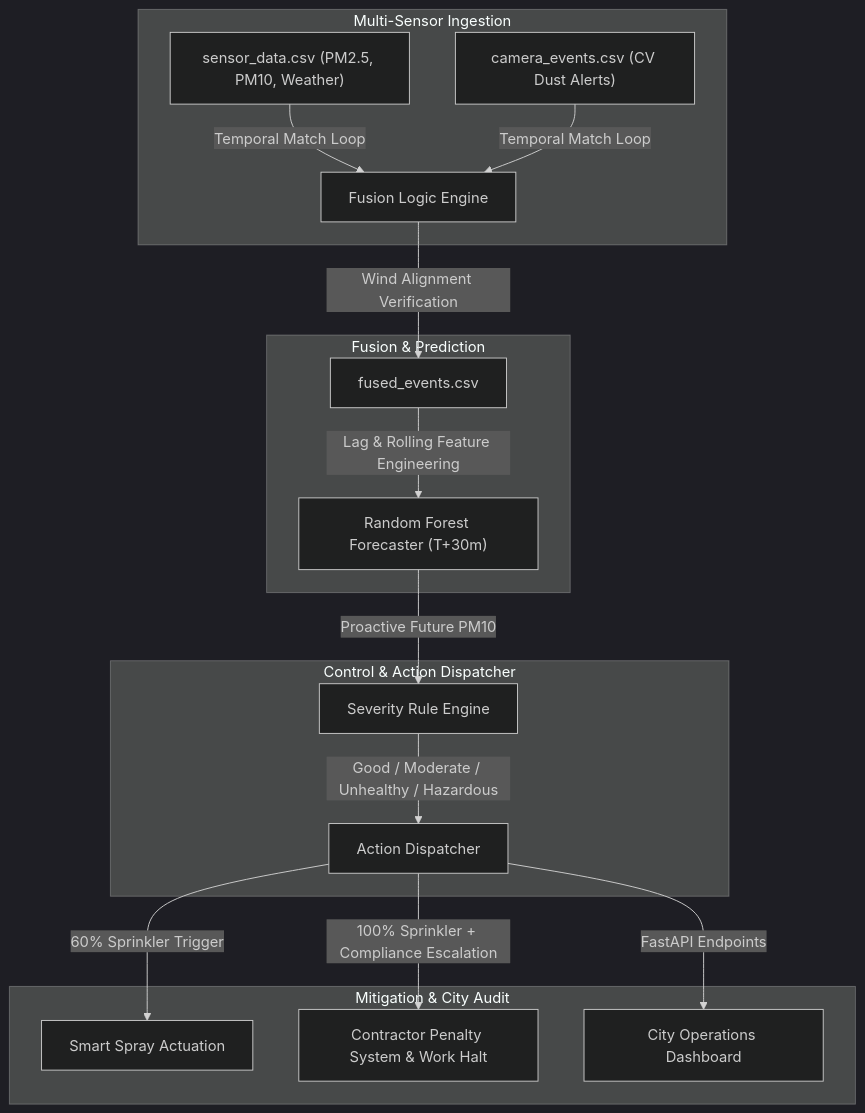
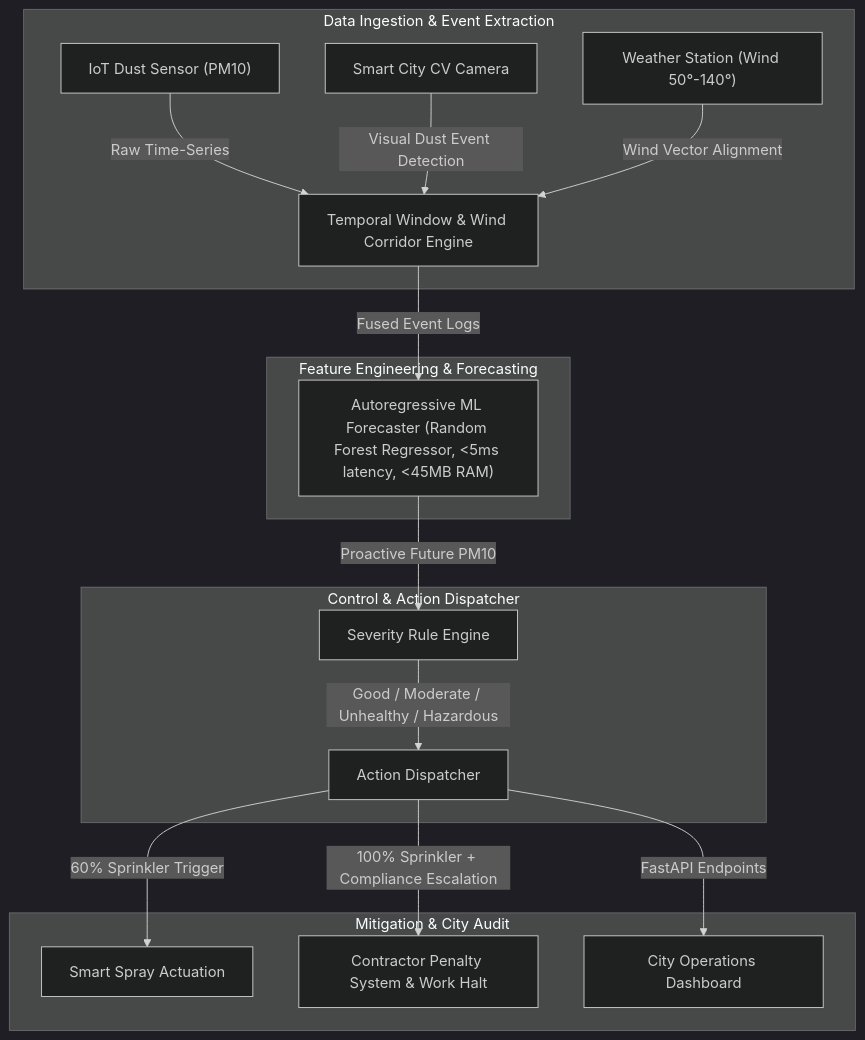
Before and after one commit to seeramsujay/dust-vision: the diagram in README.md, drawn with Mermaid (dark theme). The commit also changed other lines of this file and 2 other files, not shown here.

Commit message:
docs: bespoke vector logo, centered presentation, and future roadmap

````diff
--- a/README.md
+++ b/README.md
@@ -18,22 +29,23 @@
 ```mermaid
 flowchart TD
-    subgraph Data Layer [Multi-Sensor Ingestion]
-        A["sensor_data.csv (PM2.5, PM10, Weather)"] & B["camera_events.csv (CV Dust Alerts)"] -->|Temporal Match Loop| C["Fusion Logic Engine"]
+    subgraph Ingestion Layer [Data Ingestion & Event Extraction]
+        A["IoT Dust Sensor (PM10)"] -->|Raw Time-Series| C["Temporal Window & Wind Corridor Engine"]
+        B["Smart City CV Camera"] -->|Visual Dust Event Detection| C
+        D["Weather Station (Wind 50°-140°)"] -->|Wind Vector Alignment| C
     end
     
-    subgraph Analytical Core [Fusion & Prediction]
-        C -->|Wind Alignment Verification| D["fused_events.csv"]
-        D -->|Lag & Rolling Feature Engineering| E["Random Forest Forecaster (T+30m)"]
+    subgraph Analytical Core [Feature Engineering & Forecasting]
+        C -->|Fused Event Logs| E["Autoregressive ML Forecaster (Random Forest Regressor, <5ms latency, <45MB RAM)"]
     end
     
     subgraph Governance Core [Control & Action Dispatcher]
         E -->|Proactive Future PM10| F["Severity Rule Engine"]
         F -->|Good / Moderate / Unhealthy / Hazardous| G["Action Dispatcher"]
     end
     
     subgraph Mitigation Layer [Mitigation & City Audit]
         G -->|60% Sprinkler Trigger| H["Smart Spray Actuation"]
         G -->|100% Sprinkler + Compliance Escalation| I["Contractor Penalty System & Work Halt"]
         G -->|FastAPI Endpoints| J["City Operations Dashboard"]
     end
 ```
````
